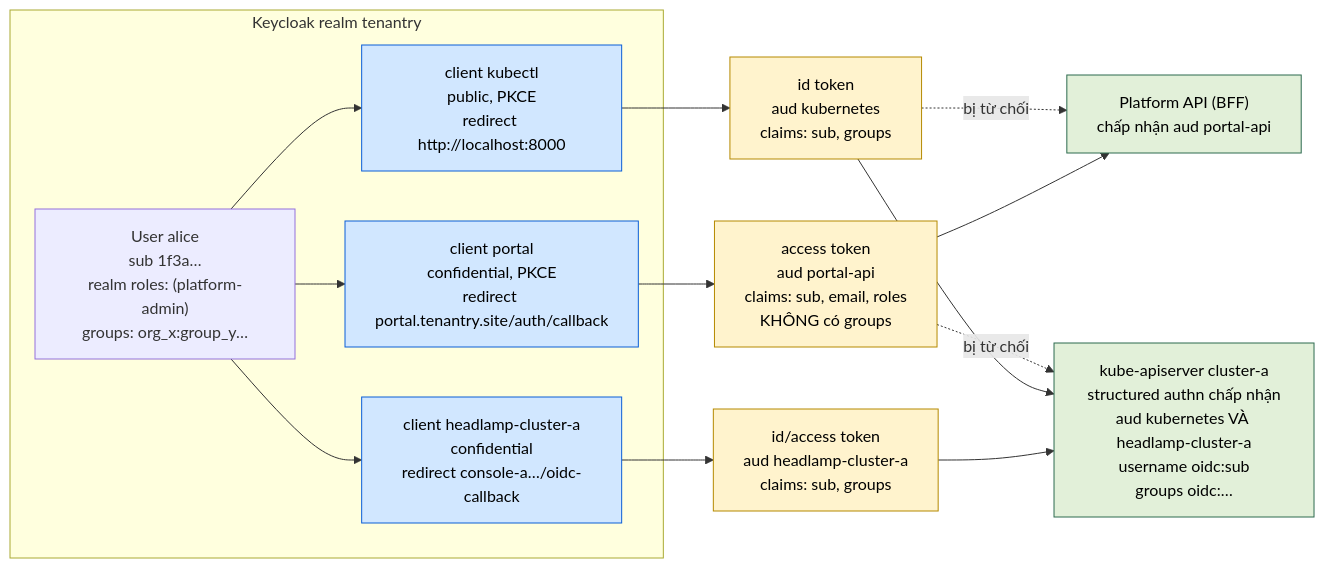
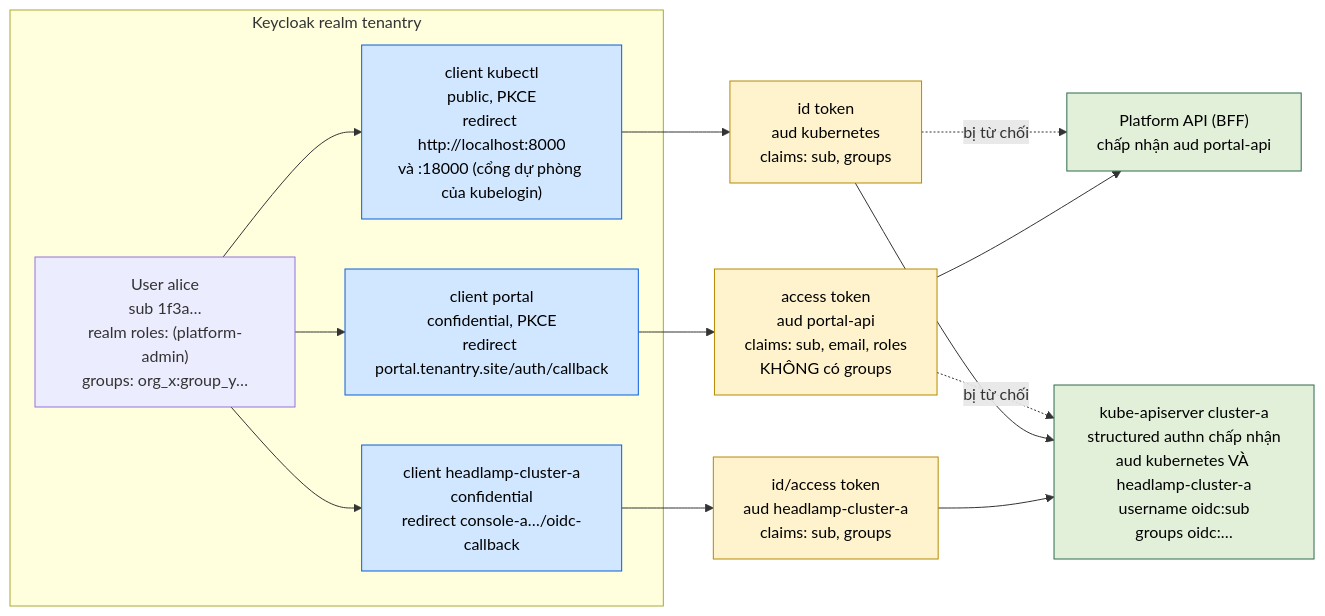
One commit to thaihoc1310/tenantry changed the second of 4 diagrams in docs/architecture/06-security-and-identity.md. Above: the diagram before and after it, drawn with Mermaid. The commit also changed 1 other file, not shown here.

Commit message:
docs(architecture): Headlamp reaches Capsule Proxy through kube-a, permanent HTTPS redirect, kubelogin fallback port, privileged ingress namespace

````diff
--- a/docs/architecture/06-security-and-identity.md
+++ b/docs/architecture/06-security-and-identity.md
@@ -69,26 +69,26 @@
 ```mermaid
 flowchart LR
   classDef c fill:#d1e7ff,stroke:#0b5ed7,color:#000
   classDef t fill:#fff3cd,stroke:#b58900,color:#000
   classDef r fill:#e2f0d9,stroke:#2d6a4f,color:#000
 
   subgraph Realm["Keycloak realm tenantry"]
     U["User alice<br/>sub 1f3a…<br/>realm roles: (platform-admin)<br/>groups: org_x:group_y…"]
     C1["client portal<br/>confidential, PKCE<br/>redirect portal.tenantry.site/auth/callback"]:::c
     C2["client headlamp-cluster-a<br/>confidential<br/>redirect console-a…/oidc-callback"]:::c
-    C3["client kubectl<br/>public, PKCE<br/>redirect http://localhost:8000"]:::c
+    C3["client kubectl<br/>public, PKCE<br/>redirect http://localhost:8000<br/>và :18000 (cổng dự phòng của kubelogin)"]:::c
   end
 
   T1["access token<br/>aud portal-api<br/>claims: sub, email, roles<br/>KHÔNG có groups"]:::t
   T2["id/access token<br/>aud headlamp-cluster-a<br/>claims: sub, groups"]:::t
   T3["id token<br/>aud kubernetes<br/>claims: sub, groups"]:::t
 
   R1["Platform API (BFF)<br/>chấp nhận aud portal-api"]:::r
   R2["kube-apiserver cluster-a<br/>structured authn chấp nhận<br/>aud kubernetes VÀ headlamp-cluster-a<br/>username oidc:sub<br/>groups oidc:…"]:::r
 
   U --> C1 --> T1 --> R1
   U --> C2 --> T2 --> R2
   U --> C3 --> T3 --> R2
   T1 -.->|"bị từ chối"| R2
   T3 -.->|"bị từ chối"| R1
 ```
````
